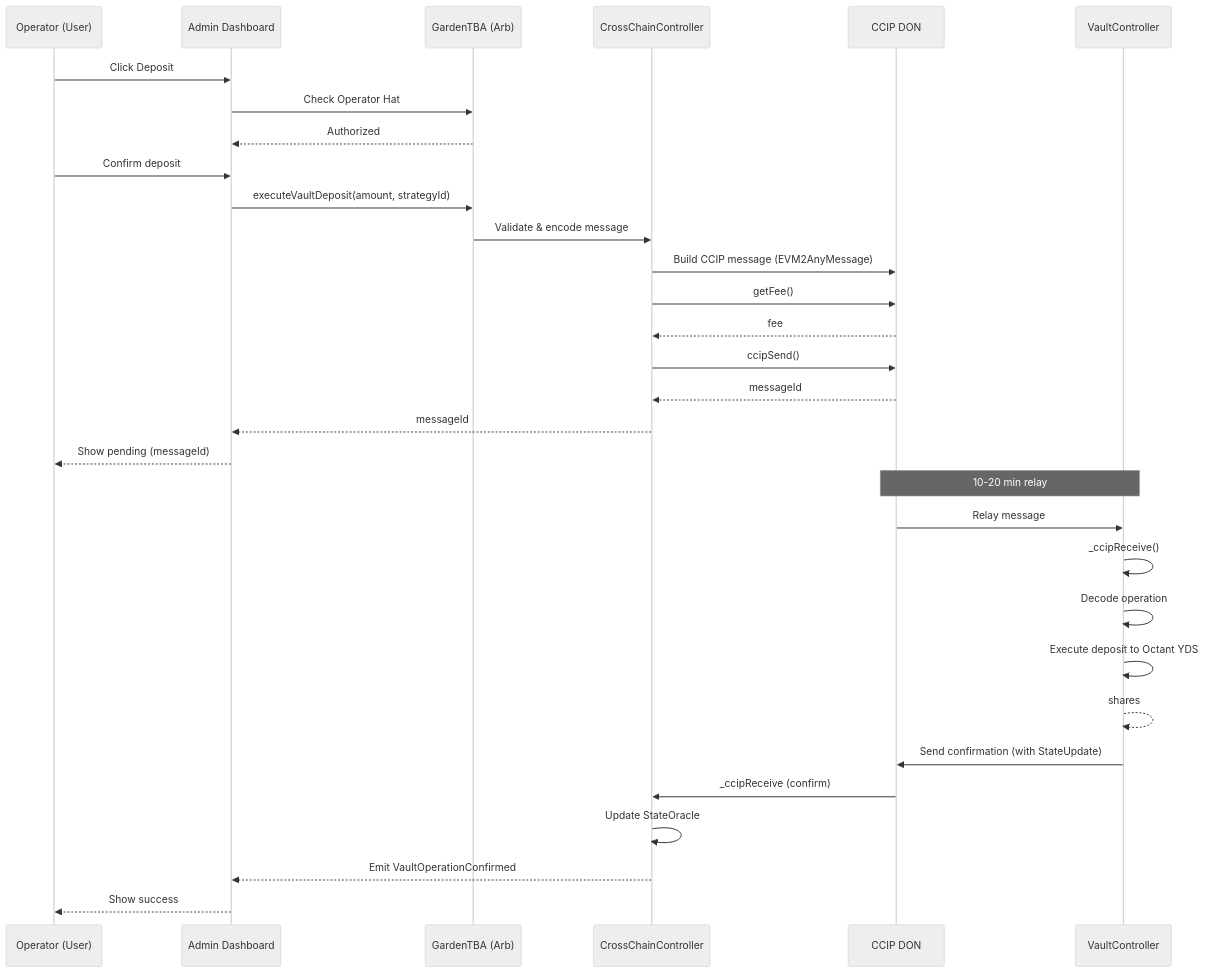
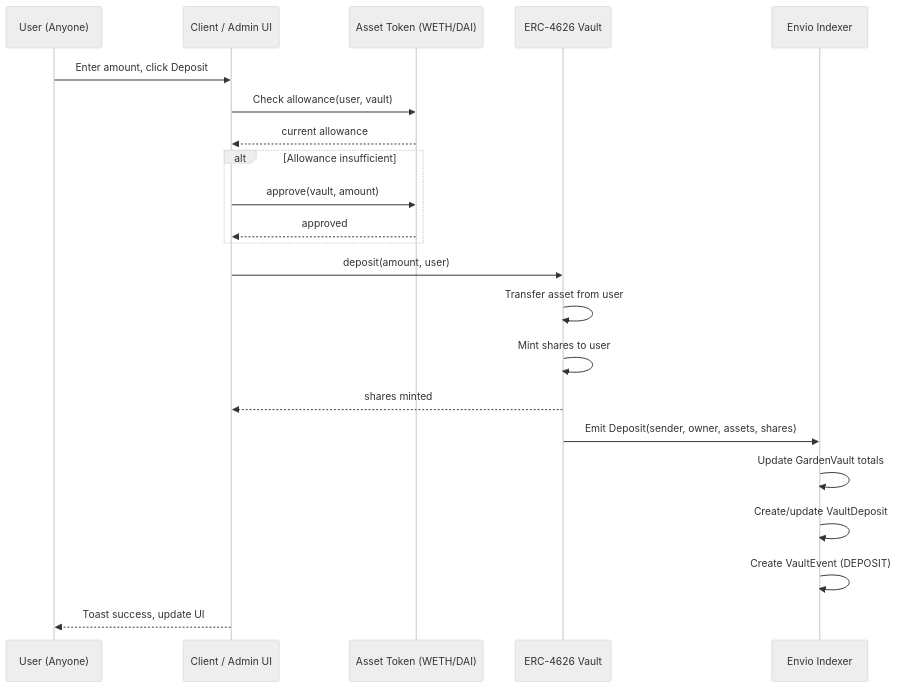
Before and after one commit to greenpill-dev-guild/green-goods: the third of 4 diagrams in docs/docs/specs/octant/octant-feature-spec.md, drawn with Mermaid (neutral theme). The commit also changed other lines of this file and 7 other files, not shown here.

First line of the commit message:
docs(octant): update vault specs, plans, and cross-chain appendix

````diff
--- a/docs/docs/specs/octant/octant-feature-spec.md
+++ b/docs/docs/specs/octant/octant-feature-spec.md
@@ -768,42 +400,29 @@
 ```mermaid
 sequenceDiagram
-    participant Operator as Operator (User)
-    participant Dashboard as Admin Dashboard
-    participant GardenTBA as GardenTBA (Arb)
-    participant CCC as CrossChainController
-    participant DON as CCIP DON
-    participant VaultCtrl as VaultController
+    participant User as User (Anyone)
+    participant UI as Client / Admin UI
+    participant Token as Asset Token (WETH/DAI)
+    participant Vault as ERC-4626 Vault
+    participant Indexer as Envio Indexer
 
-    Operator->>Dashboard: Click Deposit
-    Dashboard->>GardenTBA: Check Operator Hat
-    GardenTBA-->>Dashboard: Authorized
+    User->>UI: Enter amount, click Deposit
+    UI->>Token: Check allowance(user, vault)
+    Token-->>UI: current allowance
 
-    Operator->>Dashboard: Confirm deposit
+    alt Allowance insufficient
+        UI->>Token: approve(vault, amount)
+        Token-->>UI: approved
+    end
 
-    Dashboard->>GardenTBA: executeVaultDeposit(amount, strategyId)
-    GardenTBA->>CCC: Validate & encode message
+    UI->>Vault: deposit(amount, user)
+    Vault->>Vault: Transfer asset from user
+    Vault->>Vault: Mint shares to user
+    Vault-->>UI: shares minted
 
-    CCC->>DON: Build CCIP message (EVM2AnyMessage)
-    CCC->>DON: getFee()
-    DON-->>CCC: fee
-    CCC->>DON: ccipSend()
-    DON-->>CCC: messageId
-    CCC-->>Dashboard: messageId
+    Vault->>Indexer: Emit Deposit(sender, owner, assets, shares)
+    Indexer->>Indexer: Update GardenVault totals
+    Indexer->>Indexer: Create/update VaultDeposit
+    Indexer->>Indexer: Create VaultEvent (DEPOSIT)
 
-    Dashboard-->>Operator: Show pending (messageId)
-
-    Note over DON,VaultCtrl: 10-20 min relay
-
-    DON->>VaultCtrl: Relay message
-    VaultCtrl->>VaultCtrl: _ccipReceive()
-    VaultCtrl->>VaultCtrl: Decode operation
-    VaultCtrl->>VaultCtrl: Execute deposit to Octant YDS
-    VaultCtrl-->>VaultCtrl: shares
-
-    VaultCtrl->>DON: Send confirmation (with StateUpdate)
-    DON->>CCC: _ccipReceive (confirm)
-    CCC->>CCC: Update StateOracle
-    CCC-->>Dashboard: Emit VaultOperationConfirmed
-
-    Dashboard-->>Operator: Show success
+    UI-->>User: Toast success, update UI
 ```
````
